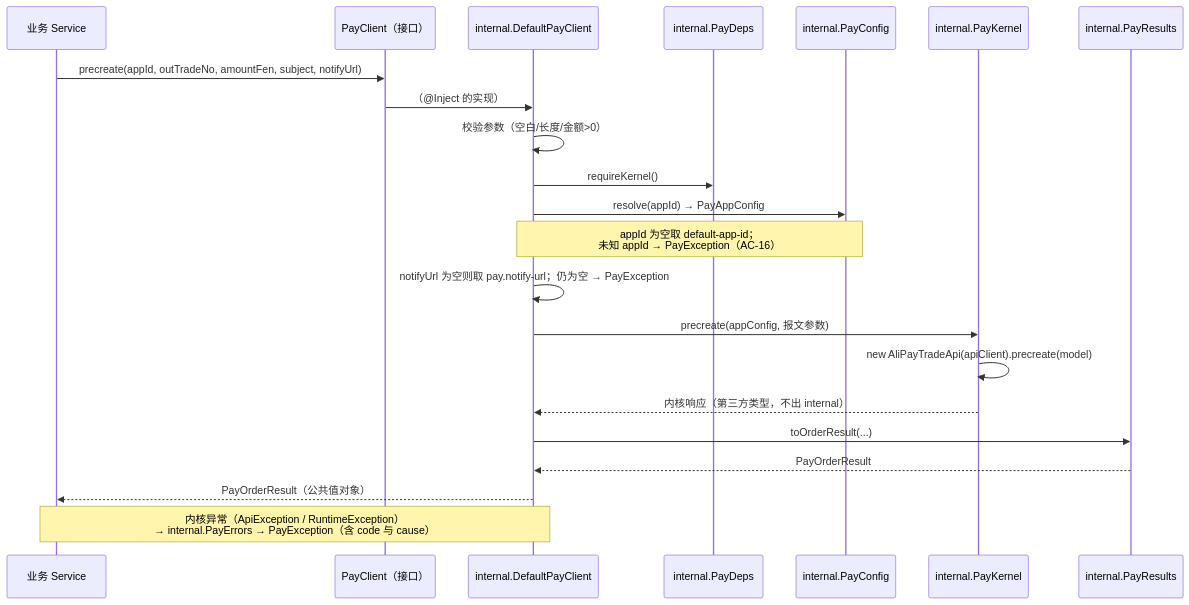
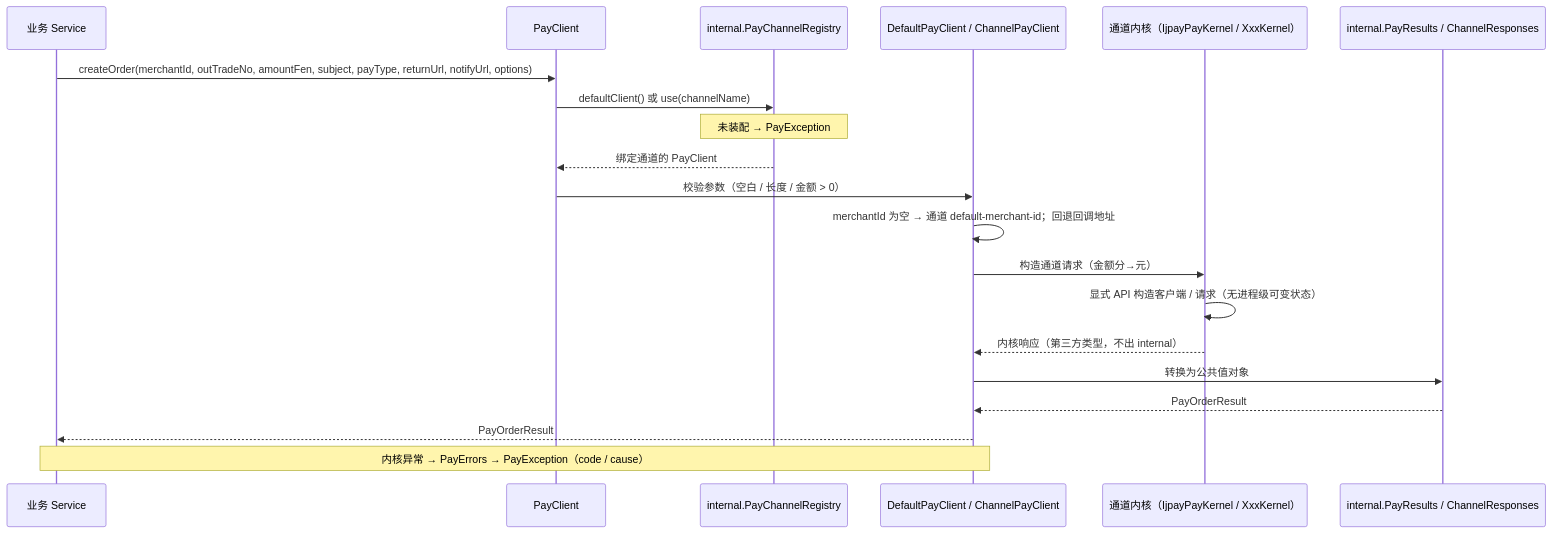
One commit to gollyhu/aifei-eco-modules changed the second of 4 diagrams in aifei-pay/docs/design.md. Above: the diagram before and after it, drawn with Mermaid. The commit also changed other lines of this file, not shown here.

Commit message:
docs: aifei-pay 设计文档同步多通道重构，公共面统一为 Pay* 命名并新增 PayNotifyRequest 入参、spi.PayNotify 验签结果，七渠道口径并入 V2

````diff
--- a/aifei-pay/docs/design.md
+++ b/aifei-pay/docs/design.md
@@ -1248,25 +1265,23 @@
 ```mermaid
 sequenceDiagram
     participant Biz as 业务 Service
-    participant Client as PayClient（接口）
-    participant Impl as internal.DefaultPayClient
-    participant Deps as internal.PayDeps
-    participant Cfg as internal.PayConfig
-    participant Ker as internal.PayKernel
-    participant Res as internal.PayResults
+    participant Client as PayClient
+    participant Reg as internal.PayChannelRegistry
+    participant Impl as DefaultPayClient / ChannelPayClient
+    participant Ker as 通道内核（IjpayPayKernel / XxxKernel）
+    participant Res as internal.PayResults / ChannelResponses
 
-    Biz->>Client: precreate(appId, outTradeNo, amountFen, subject, notifyUrl)
-    Client->>Impl: （@Inject 的实现）
-    Impl->>Impl: 校验参数（空白/长度/金额>0）
-    Impl->>Deps: requireKernel()
-    Impl->>Cfg: resolve(appId) → PayAppConfig
-    Note over Cfg,Impl: appId 为空取 default-app-id；<br/>未知 appId → PayException（AC-16）
-    Impl->>Impl: notifyUrl 为空则取 pay.notify-url；仍为空 → PayException
-    Impl->>Ker: precreate(appConfig, 报文参数)
-    Ker->>Ker: new AliPayTradeApi(apiClient).precreate(model)
+    Biz->>Client: createOrder(merchantId, outTradeNo, amountFen, subject, payType, returnUrl, notifyUrl, options)
+    Client->>Reg: defaultClient() 或 use(channelName)
+    Note over Reg: 未装配 → PayException
+    Reg-->>Client: 绑定通道的 PayClient
+    Client->>Impl: 校验参数（空白 / 长度 / 金额 > 0）
+    Impl->>Impl: merchantId 为空 → 通道 default-merchant-id；回退回调地址
+    Impl->>Ker: 构造通道请求（金额分→元）
+    Ker->>Ker: 显式 API 构造客户端 / 请求（无进程级可变状态）
     Ker-->>Impl: 内核响应（第三方类型，不出 internal）
-    Impl->>Res: toOrderResult(...)
+    Impl->>Res: 转换为公共值对象
     Res-->>Impl: PayOrderResult
-    Impl-->>Biz: PayOrderResult（公共值对象）
-    Note over Impl,Biz: 内核异常（ApiException / RuntimeException）<br/>→ internal.PayErrors → PayException（含 code 与 cause）
+    Impl-->>Biz: PayOrderResult
+    Note over Impl,Biz: 内核异常 → PayErrors → PayException（code / cause）
 ```
````
